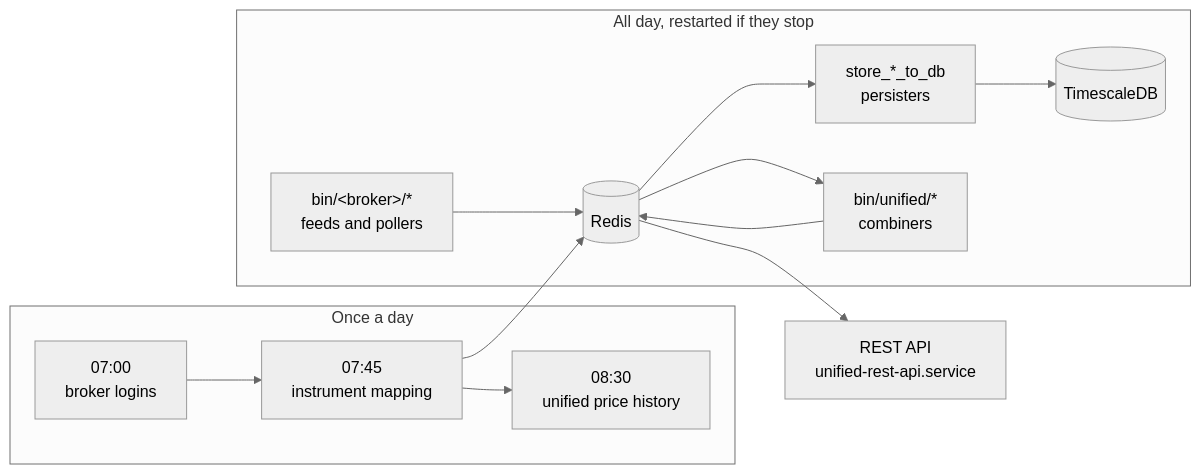
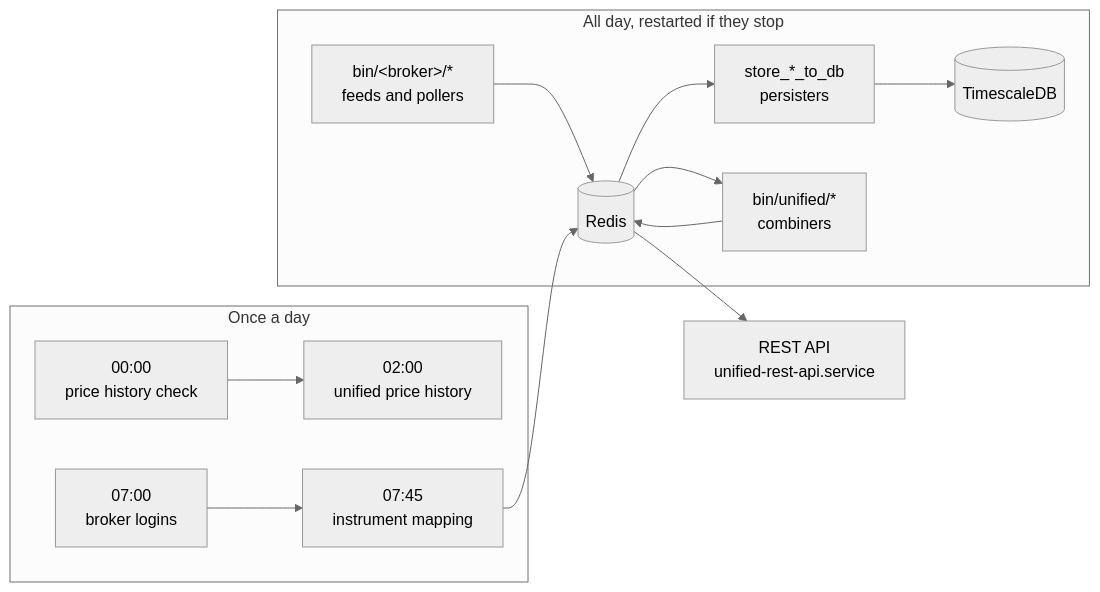
The diagram in docs/operations/index.md (pramodathani/unified_broker_interface), drawn with Mermaid (neutral theme) before and after one commit. The commit also changed other lines of this file and 11 other files, not shown here.

````diff
--- a/docs/operations/index.md
+++ b/docs/operations/index.md
@@ -55,14 +55,14 @@
 ```mermaid
 flowchart LR
     subgraph Morning["Once a day"]
+        V["00:00<br/>price history check"] --> P["02:00<br/>unified price history"]
         L["07:00<br/>broker logins"] --> M["07:45<br/>instrument mapping"]
-        M --> P["08:30<br/>unified price history"]
     end
     subgraph AllDay["All day, restarted if they stop"]
         B["bin/&lt;broker&gt;/*<br/>feeds and pollers"] --> R[("Redis")]
         R --> S["store_*_to_db<br/>persisters"] --> T[("TimescaleDB")]
         R --> U["bin/unified/*<br/>combiners"] --> R
     end
     M --> R
     R --> A["REST API<br/>unified-rest-api.service"]
 ```
````
